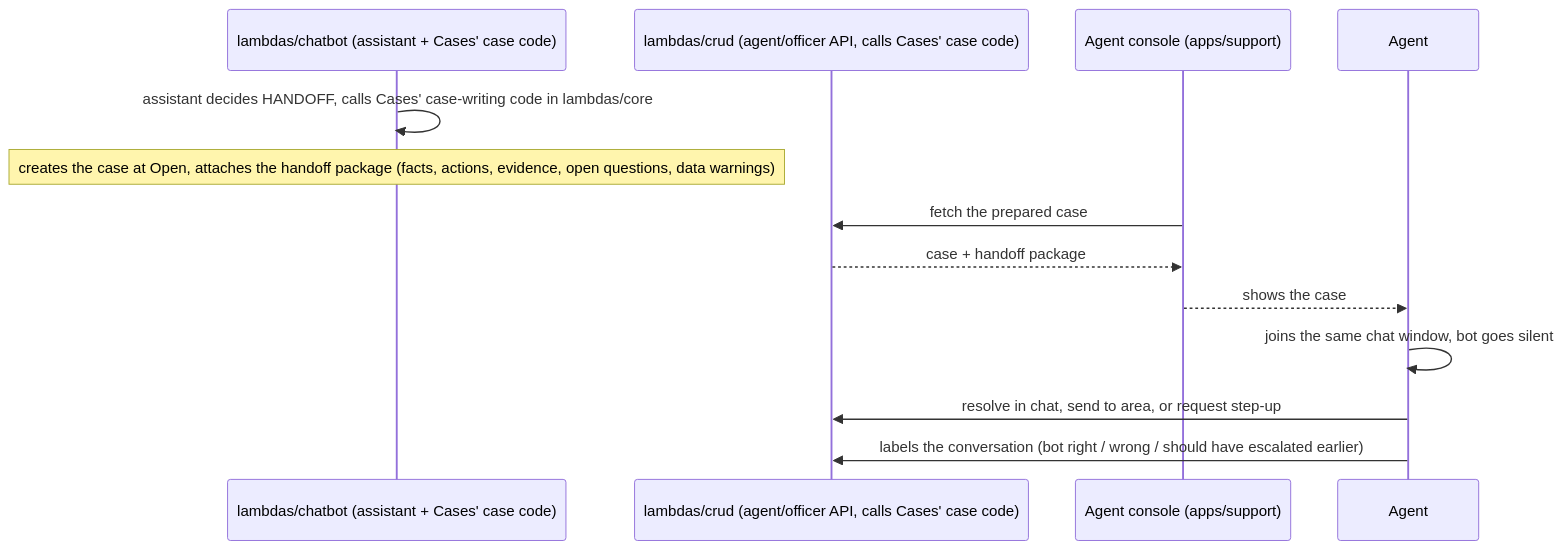
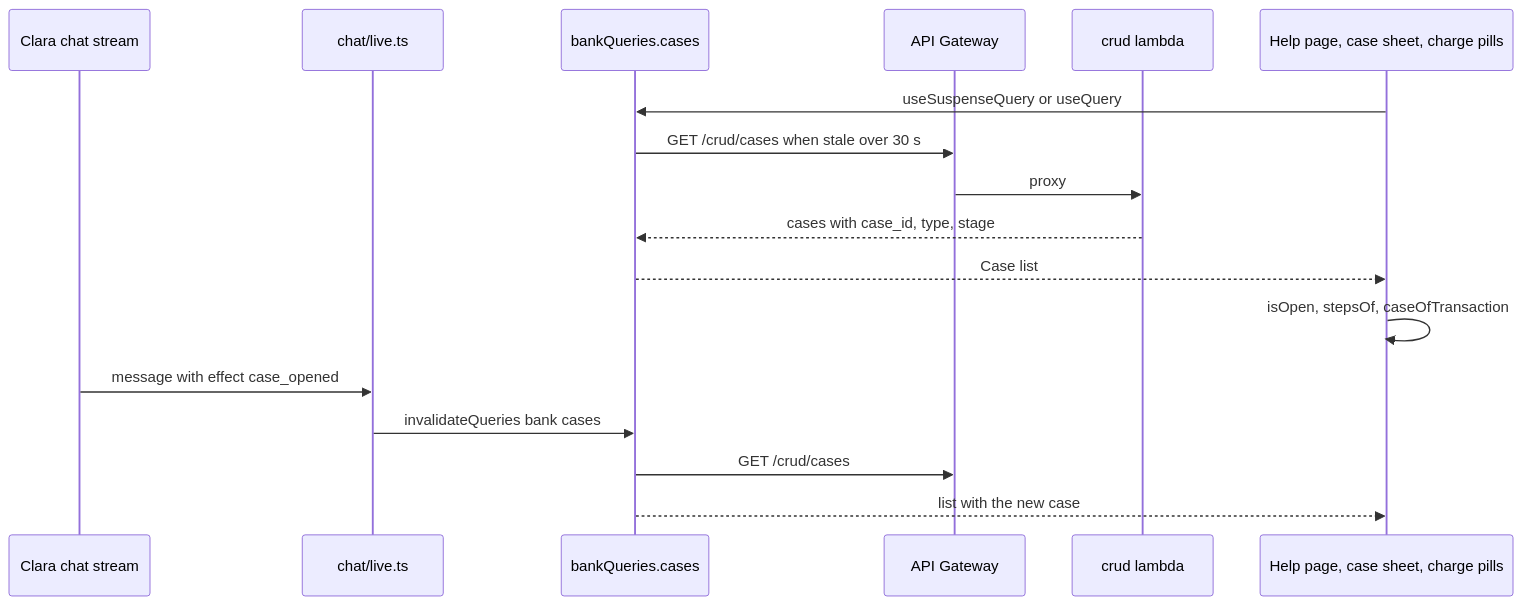
Before and after one commit to Team-ACGS/factored-hackathon-2026-acgs: the third of 3 diagrams in docs/modules/cases/flows.md, drawn with Mermaid. The commit also changed other lines of this file and 9 other files, not shown here.

Commit message:
docs(assistant,cases,data,identity,messaging): readmes and flows verified against the code, round 1

````diff
--- a/docs/modules/cases/flows.md
+++ b/docs/modules/cases/flows.md
@@ -34,16 +96,19 @@
 ```mermaid
 sequenceDiagram
-    participant Chatbot as lambdas/chatbot (assistant + Cases' case code)
-    participant Crud as lambdas/crud (agent/officer API, calls Cases' case code)
-    participant Console as Agent console (apps/support)
-    participant Agent as Agent
-
-    Chatbot->>Chatbot: assistant decides HANDOFF, calls Cases' case-writing code in lambdas/core
-    Note over Chatbot: creates the case at Open, attaches the handoff package (facts, actions, evidence, open questions, data warnings)
-    Console->>Crud: fetch the prepared case
-    Crud-->>Console: case + handoff package
-    Console-->>Agent: shows the case
-    Agent->>Agent: joins the same chat window, bot goes silent
-    Agent->>Crud: resolve in chat, send to area, or request step-up
-    Agent->>Crud: labels the conversation (bot right / wrong / should have escalated earlier)
+    participant Chat as Clara chat stream
+    participant Live as chat/live.ts
+    participant Query as bankQueries.cases
+    participant APIGW as API Gateway
+    participant Crud as crud lambda
+    participant UI as Help page, case sheet, charge pills
+    UI->>Query: useSuspenseQuery or useQuery
+    Query->>APIGW: GET /crud/cases when stale over 30 s
+    APIGW->>Crud: proxy
+    Crud-->>Query: cases with case_id, type, stage
+    Query-->>UI: Case list
+    UI->>UI: isOpen, stepsOf, caseOfTransaction
+    Chat->>Live: message with effect case_opened
+    Live->>Query: invalidateQueries bank cases
+    Query->>APIGW: GET /crud/cases
+    Query-->>UI: list with the new case
 ```
````
